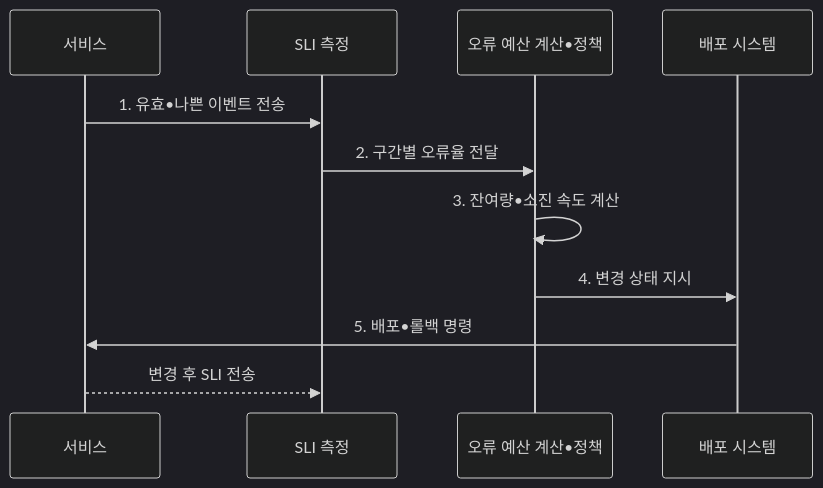
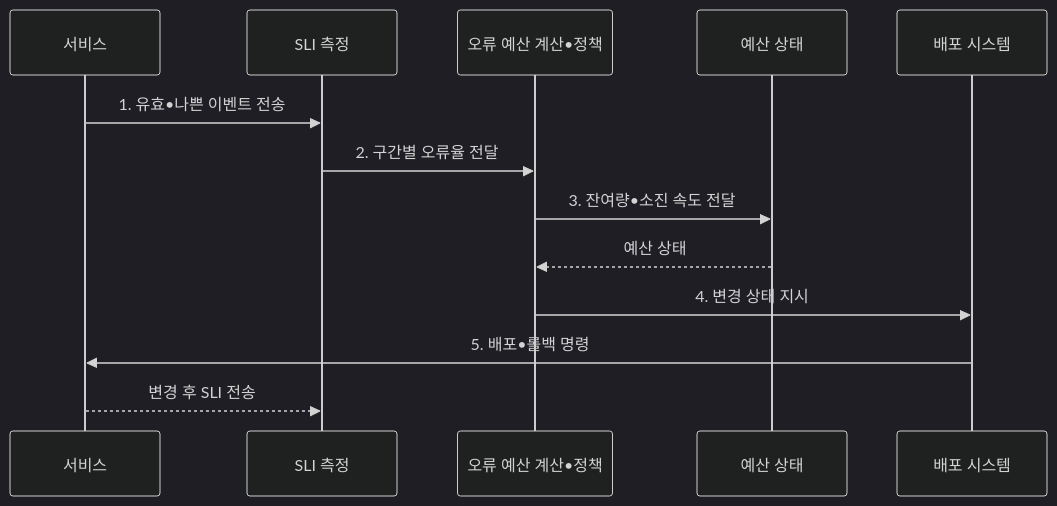
The second of 2 diagrams in src/content/docs/notes/03-software/166_error_budget.md (agnusdei1207/knowledge-base), drawn with Mermaid (dark theme) before and after one commit. The commit also changed other lines of this file and 8 other files, not shown here.

````diff
--- a/src/content/docs/notes/03-software/166_error_budget.md
+++ b/src/content/docs/notes/03-software/166_error_budget.md
@@ -114,13 +114,15 @@
 ```mermaid
 sequenceDiagram
     participant S as 서비스
     participant M as SLI 측정
     participant P as 오류 예산 계산•정책
+    participant B as 예산 상태
     participant D as 배포 시스템
     S->>M: 1. 유효•나쁜 이벤트 전송
     M->>P: 2. 구간별 오류율 전달
-    P->>P: 3. 잔여량•소진 속도 계산
+    P->>B: 3. 잔여량•소진 속도 전달
+    B-->>P: 예산 상태
     P->>D: 4. 변경 상태 지시
     D->>S: 5. 배포•롤백 명령
     S-->>M: 변경 후 SLI 전송
 ```
````
